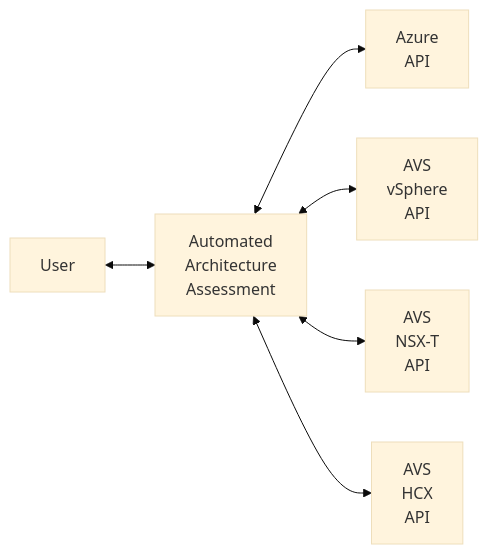
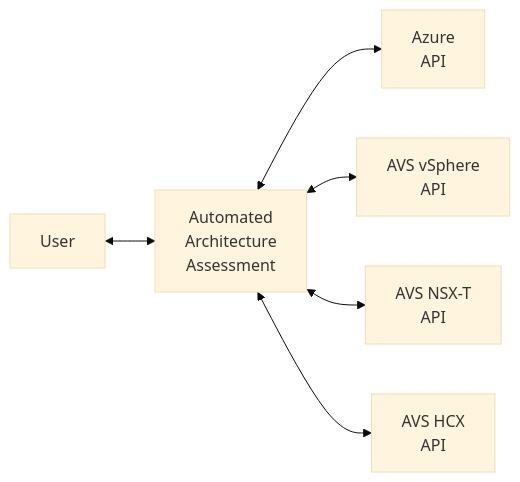
Before and after one commit to Azure/Enterprise-Scale-for-AVS: the diagram in BrownField/Auto-assessment/readme.md, drawn with Mermaid (base theme).

Commit message:
Update readme.md to improve formatting of AVS API references in architecture diagram

````diff
--- a/BrownField/Auto-assessment/readme.md
+++ b/BrownField/Auto-assessment/readme.md
@@ -30,18 +30,15 @@
 ```mermaid
 flowchart LR
 
 A[User] <--> B[Automated
 Architecture
 Assessment]
 B <--> C[Azure
 API]
-B <--> D[AVS 
-vSphere
+B <--> D[AVS vSphere
 API]
-B <--> E[AVS
-NSX-T
+B <--> E[AVS NSX-T
 API]
-B <--> F[AVS
-HCX
+B <--> F[AVS HCX
 API]
 ```
````
